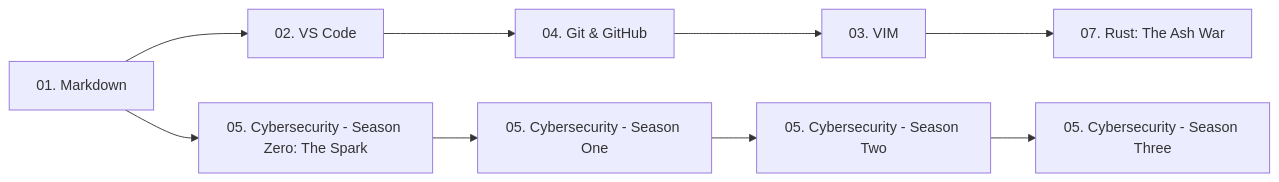
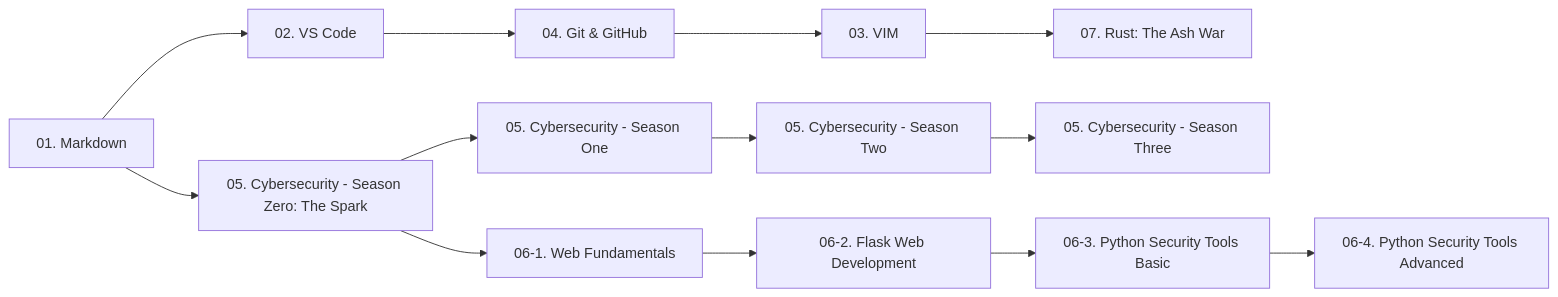
One commit to TheSilentOne-creator/The-Book-of-the-Night-Keeper changed the second of 2 diagrams in README.md. Above: the diagram before and after it, drawn with Mermaid. The commit also changed other lines of this file and 1 other file, not shown here.

````diff
--- a/README.md
+++ b/README.md
@@ -322,12 +330,16 @@
 ```mermaid
 flowchart LR
     A[01. Markdown] --> B[02. VS Code]
     A --> C[05. Cybersecurity - Season Zero: The Spark]
     B --> D[04. Git & GitHub]
     C --> E[05. Cybersecurity - Season One]
     D --> F[03. VIM]
     E --> G[05. Cybersecurity - Season Two]
     G --> H[05. Cybersecurity - Season Three]
     F --> I[07. Rust: The Ash War]
+    C --> J[06-1. Web Fundamentals]
+    J --> K[06-2. Flask Web Development]
+    K --> L[06-3. Python Security Tools Basic]
+    L --> M[06-4. Python Security Tools Advanced]
     
 ```
````
